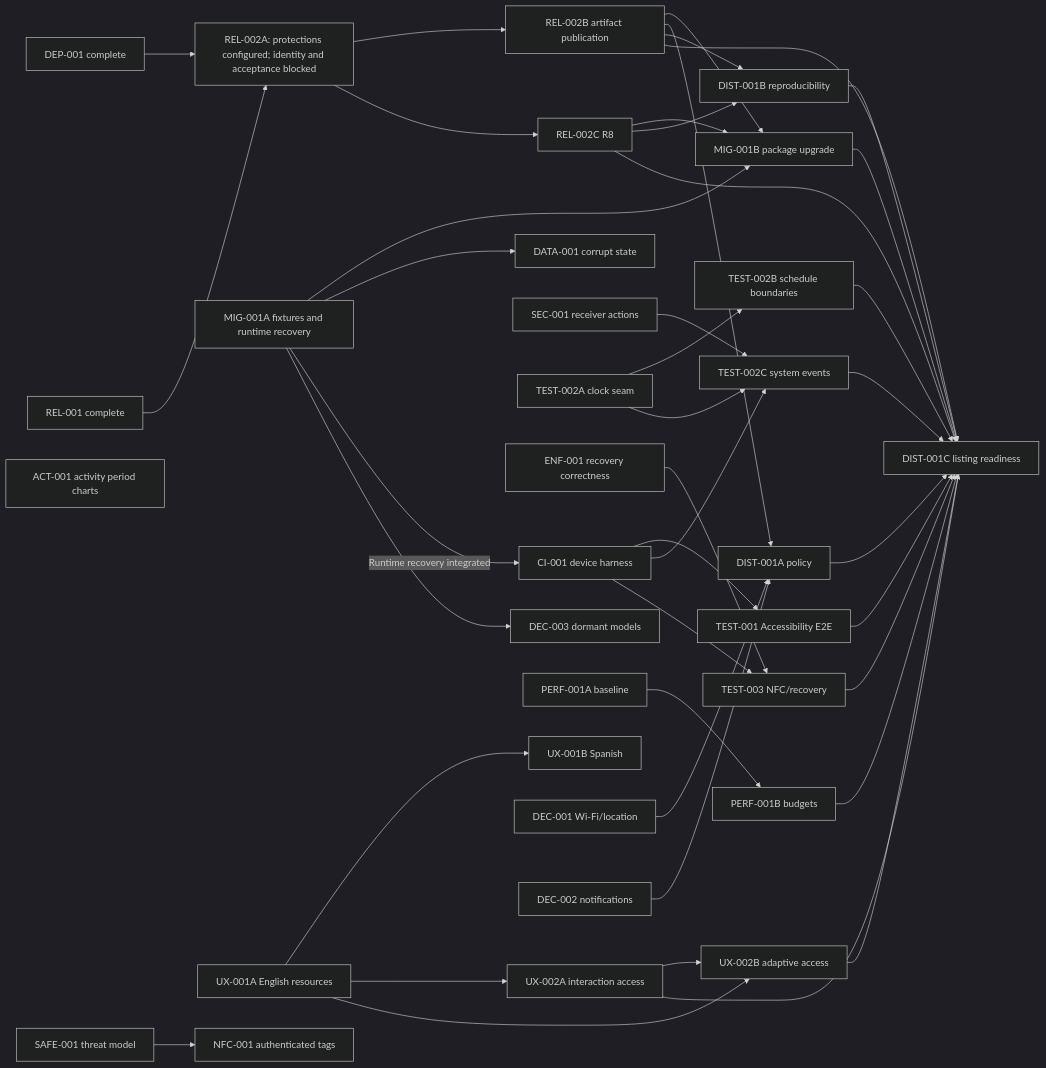
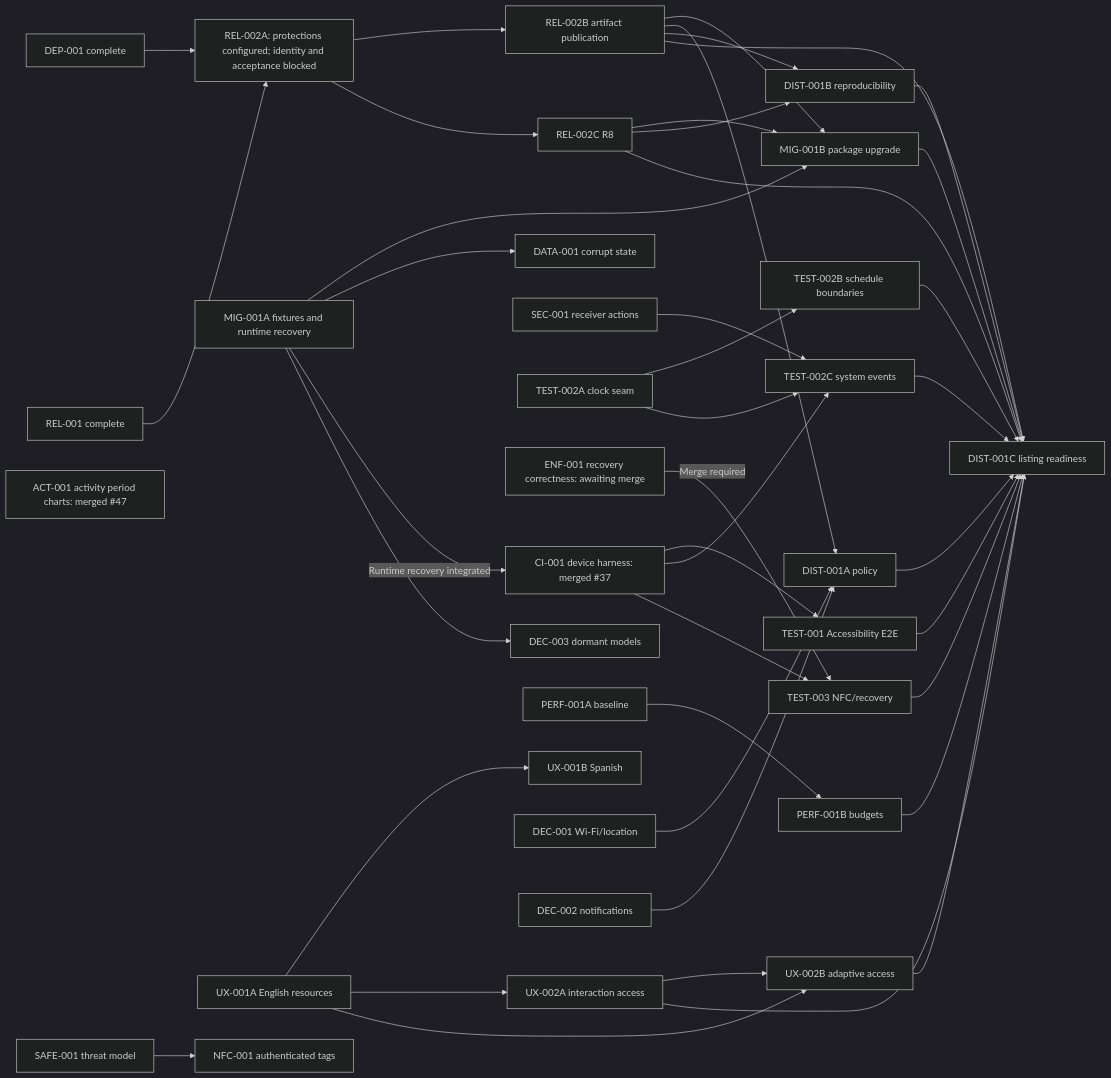
One commit to mcasillas17/WebSnag changed the diagram in docs/ROADMAP.md. Above: the diagram before and after it, drawn with Mermaid (dark theme). The commit also changed other lines of this file and 45 other files, not shown here.

First line of the commit message:
ENF-001: make emergency recovery timing and intention consistent (#49)

````diff
--- a/docs/ROADMAP.md
+++ b/docs/ROADMAP.md
@@ -202,49 +206,49 @@
 ```mermaid
 flowchart LR
     DEP001["DEP-001 complete"] --> REL002A["REL-002A: protections configured; identity and acceptance blocked"]
     REL001["REL-001 complete"] --> REL002A
     REL002A --> REL002B["REL-002B artifact publication"]
     REL002A --> REL002C["REL-002C R8"]
     REL002B --> MIG001B["MIG-001B package upgrade"]
     REL002C --> MIG001B
     MIG001A["MIG-001A fixtures and runtime recovery"] --> MIG001B
     MIG001A --> DATA001["DATA-001 corrupt state"]
 
-    CI001["CI-001 device harness"] --> TEST001["TEST-001 Accessibility E2E"]
+    CI001["CI-001 device harness: merged #37"] --> TEST001["TEST-001 Accessibility E2E"]
     MIG001A -->|"Runtime recovery integrated"| CI001
     CI001 --> TEST002C["TEST-002C system events"]
     CI001 --> TEST003["TEST-003 NFC/recovery"]
     SEC001["SEC-001 receiver actions"] --> TEST002C
     TEST002A["TEST-002A clock seam"] --> TEST002B["TEST-002B schedule boundaries"]
     TEST002A --> TEST002C
-    ENF001["ENF-001 recovery correctness"] --> TEST003
+    ENF001["ENF-001 recovery correctness: awaiting merge"] -->|"Merge required"| TEST003
 
     UX001A["UX-001A English resources"] --> UX001B["UX-001B Spanish"]
     UX001A --> UX002A["UX-002A interaction access"]
     UX001A --> UX002B["UX-002B adaptive access"]
     UX002A --> UX002B
     PERF001A["PERF-001A baseline"] --> PERF001B["PERF-001B budgets"]
-    ACT001["ACT-001 activity period charts"]
+    ACT001["ACT-001 activity period charts: merged #47"]
     MIG001A --> DEC003["DEC-003 dormant models"]
 
     DEC001["DEC-001 Wi-Fi/location"] --> DIST001A["DIST-001A policy"]
     DEC002["DEC-002 notifications"] --> DIST001A
     REL002B --> DIST001A
     REL002B --> DIST001B["DIST-001B reproducibility"]
     REL002C --> DIST001B
 
     REL002B --> DIST001C["DIST-001C listing readiness"]
     REL002C --> DIST001C
     MIG001B --> DIST001C
     TEST001 --> DIST001C
     TEST002B --> DIST001C
     TEST002C --> DIST001C
     TEST003 --> DIST001C
     UX002A --> DIST001C
     UX002B --> DIST001C
     PERF001B --> DIST001C
     DIST001A --> DIST001C
     DIST001B --> DIST001C
 
     SAFE001["SAFE-001 threat model"] --> NFC001["NFC-001 authenticated tags"]
 ```
````
